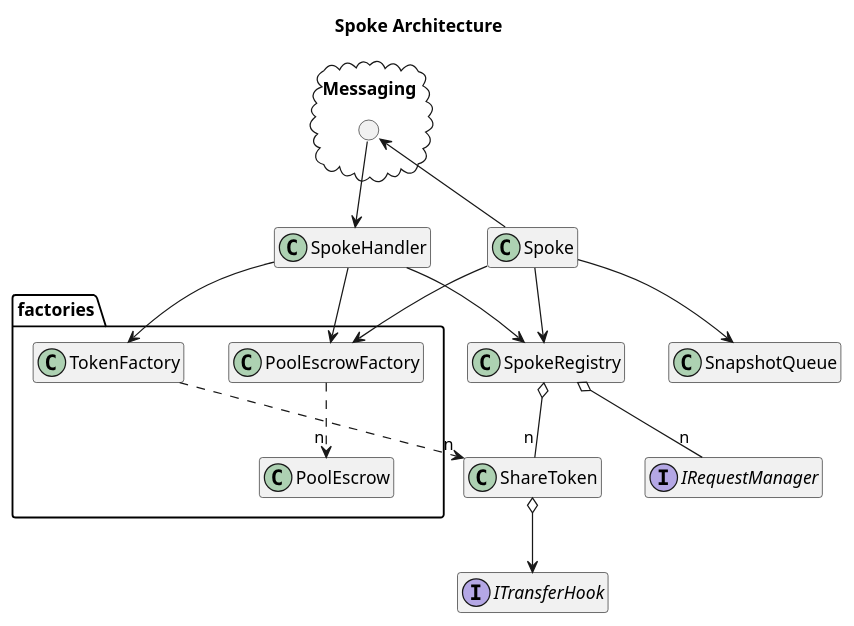
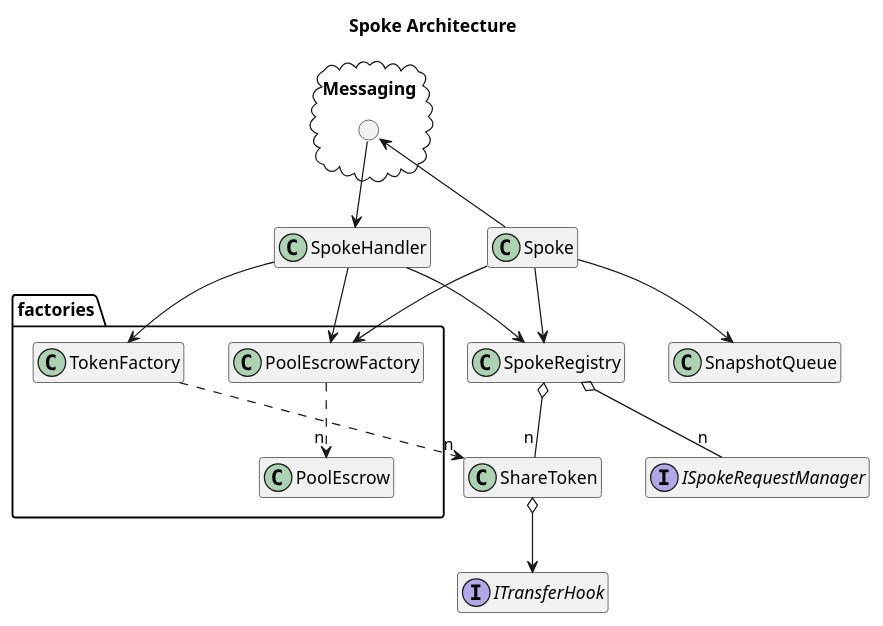
One commit to centrifuge/protocol changed the diagram in docs/architecture/core/spoke.puml. Above: the diagram before and after it, drawn with PlantUML. The commit also changed 66 other files, not shown here.

Commit message:
Core hardening from AutoProver + two src/core review passes (ShareClassManager, Holdings, HubRegistry, SpokeRegistry, MultiAdapter, Spoke, Accounting, PoolEscrow) + naming cleanup (#270)

```diff
--- a/docs/architecture/core/spoke.puml
+++ b/docs/architecture/core/spoke.puml
@@ -1,43 +1,43 @@
 @startuml spoke
 title Spoke Architecture
 hide empty members
 
 package "Messaging" <<cloud>> {
     circle " " as messaging
 }
 
 package factories {
     class TokenFactory
     class PoolEscrowFactory
     class PoolEscrow
 }
 
 class Spoke
 class SpokeHandler
 class SpokeRegistry
 
 class SnapshotQueue
 class ShareToken
 interface ITransferHook
-interface IRequestManager
+interface ISpokeRequestManager
 
 Spoke -down-> SpokeRegistry
 Spoke -down-> SnapshotQueue
 Spoke -up-> messaging
 
 messaging --> SpokeHandler
 SpokeHandler --> SpokeRegistry
 SpokeHandler --> TokenFactory
 SpokeHandler --> PoolEscrowFactory
 
 Spoke --> PoolEscrowFactory
 
-SpokeRegistry o-- "n" IRequestManager
+SpokeRegistry o-- "n" ISpokeRequestManager
 SpokeRegistry o-- "n" ShareToken
 
 ' Factories
 TokenFactory ..> "n" ShareToken
 PoolEscrowFactory ..> "n" PoolEscrow
 ShareToken o--> ITransferHook
 
 @enduml
```
